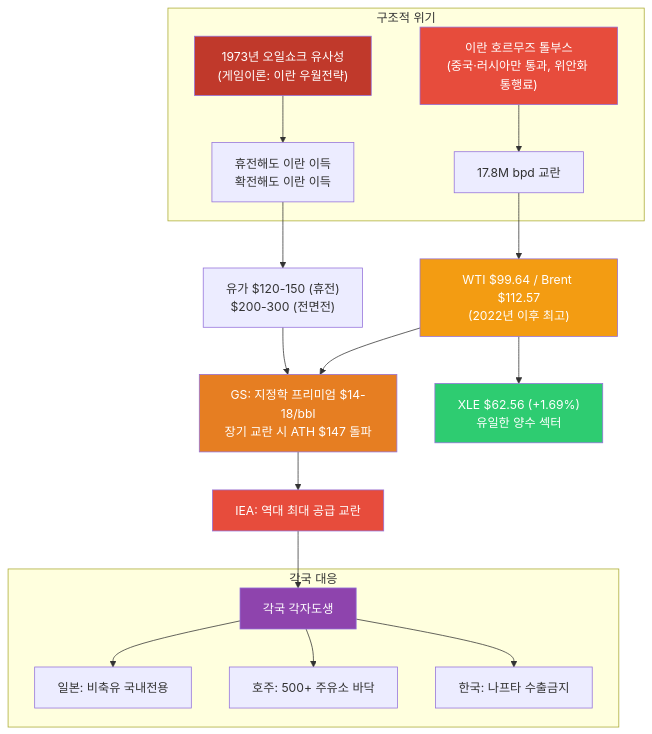
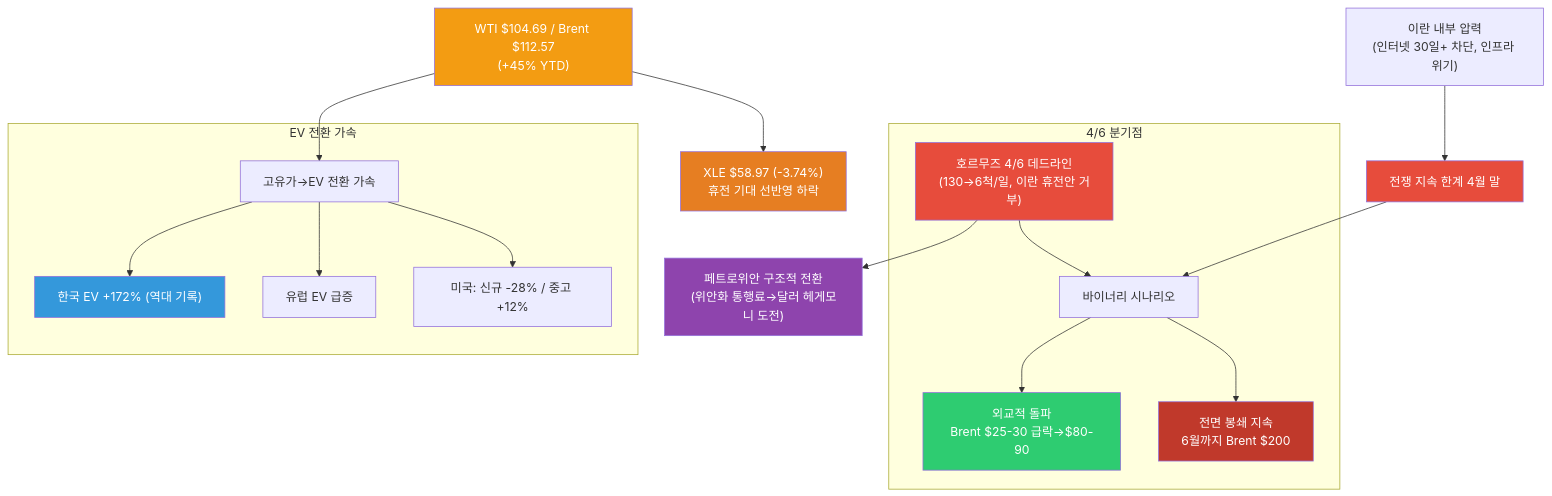
Before and after one commit to dss99911/dss99911.github.io: the first of 11 diagrams in _posts/knowledge/invest/2026-03-07-energy-sector-outlook-2026.md, drawn with Mermaid. The commit also changed other lines of this file and 3 other files, not shown here.

First line of the commit message:
투자 데일리 트랙킹 2026-04-02: KOSPI +9.75% 폭등, 휴전 기대, 4/6 호르무즈 데드라인

````diff
--- a/_posts/knowledge/invest/2026-03-07-energy-sector-outlook-2026.md
+++ b/_posts/knowledge/invest/2026-03-07-energy-sector-outlook-2026.md
@@ -42,42 +44,41 @@
 ```mermaid
 graph TD
-    A["이란 호르무즈 톨부스<br/>(중국·러시아만 통과, 위안화 통행료)"] --> B["17.8M bpd 교란"]
-    B --> C["WTI $99.64 / Brent $112.57<br/>(2022년 이후 최고)"]
+    A["호르무즈 4/6 데드라인<br/>#40;130→6척/일, 이란 휴전안 거부#41;"] --> B["바이너리 시나리오"]
+    B --> C["외교적 돌파<br/>Brent $25-30 급락→$80-90"]
+    B --> D["전면 봉쇄 지속<br/>6월까지 Brent $200"]
 
-    D["1973년 오일쇼크 유사성<br/>(게임이론: 이란 우월전략)"] --> E["휴전해도 이란 이득<br/>확전해도 이란 이득"]
-    E --> F["유가 $120-150 #40;휴전#41;<br/>$200-300 #40;전면전#41;"]
+    E["WTI $104.69 / Brent $112.57<br/>#40;+45% YTD#41;"] --> F["XLE $58.97 #40;-3.74%#41;<br/>휴전 기대 선반영 하락"]
 
-    C --> G["GS: 지정학 프리미엄 $14-18/bbl<br/>장기 교란 시 ATH $147 돌파"]
-    F --> G
+    G["이란 내부 압력<br/>#40;인터넷 30일+ 차단, 인프라 위기#41;"] --> H["전쟁 지속 한계 4월 말"]
+    H --> B
 
-    G --> H["IEA: 역대 최대 공급 교란"]
+    E --> I["고유가→EV 전환 가속"]
+    I --> J["한국 EV +172% #40;역대 기록#41;"]
+    I --> K["유럽 EV 급증"]
+    I --> L["미국: 신규 -28% / 중고 +12%"]
 
-    H --> I["각국 각자도생"]
-    I --> J["일본: 비축유 국내전용"]
-    I --> K["호주: 500+ 주유소 바닥"]
-    I --> L["한국: 나프타 수출금지"]
+    A --> M["페트로위안 구조적 전환<br/>#40;위안화 통행료→달러 헤게모니 도전#41;"]
 
-    C --> M["XLE $62.56 #40;+1.69%#41;<br/>유일한 양수 섹터"]
-
-    subgraph crisis["구조적 위기"]
+    subgraph deadline["4/6 분기점"]
         A
         B
+        C
         D
-        E
     end
 
-    subgraph response["각국 대응"]
+    subgraph ev["EV 전환 가속"]
         I
         J
         K
         L
     end
 
     style A fill:#e74c3c,color:#fff
     style D fill:#c0392b,color:#fff
-    style C fill:#f39c12,color:#fff
-    style G fill:#e67e22,color:#fff
+    style C fill:#2ecc71,color:#fff
+    style E fill:#f39c12,color:#fff
+    style F fill:#e67e22,color:#fff
     style H fill:#e74c3c,color:#fff
-    style M fill:#2ecc71,color:#fff
-    style I fill:#8e44ad,color:#fff
+    style M fill:#8e44ad,color:#fff
+    style J fill:#3498db,color:#fff
 ```
````
